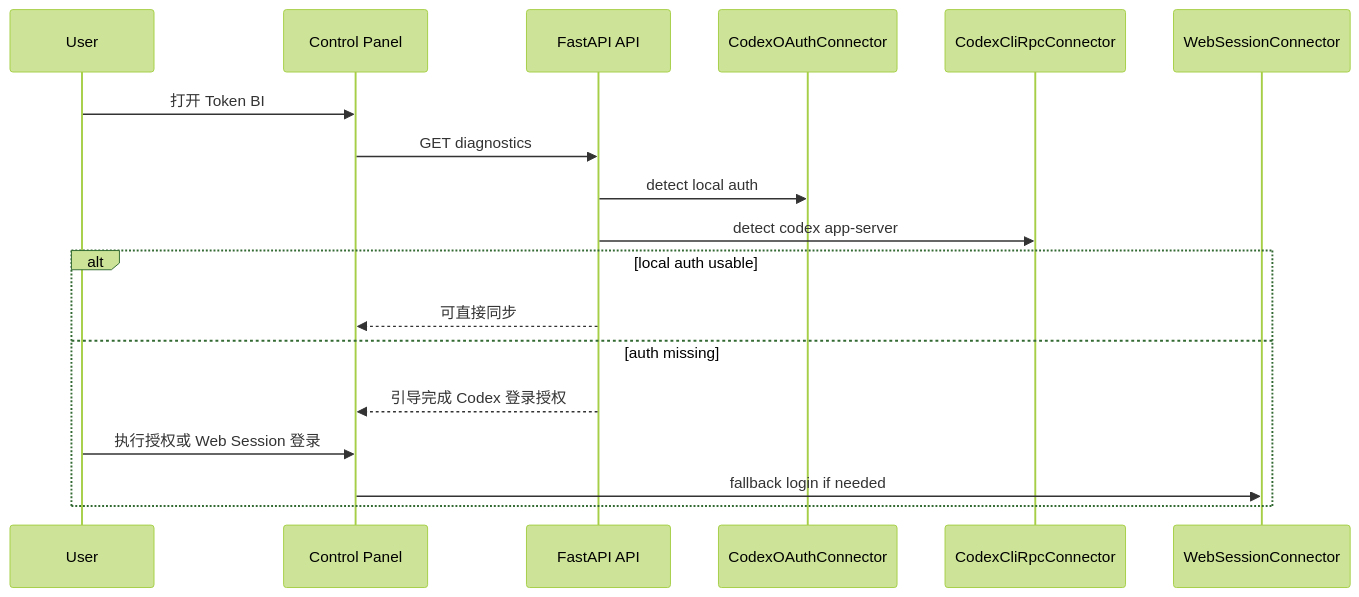
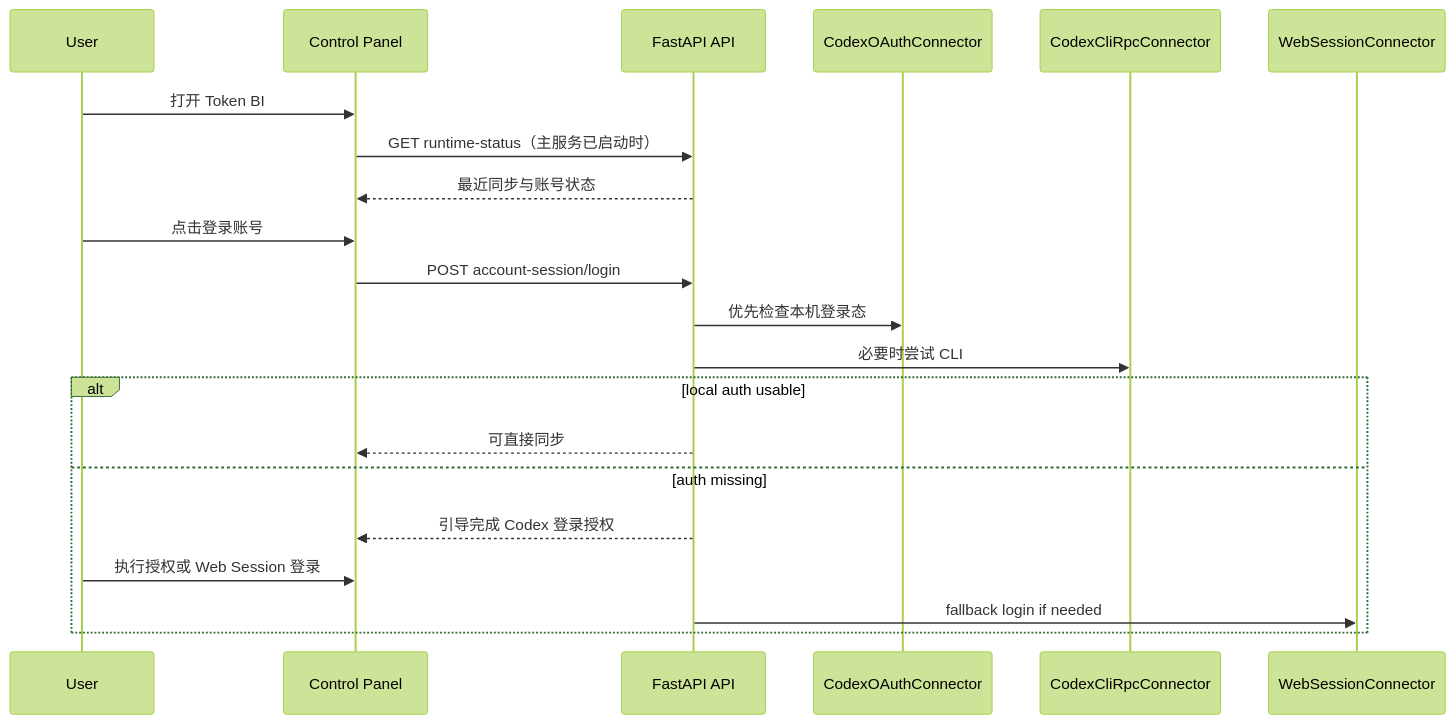
One commit to gbs00/Token_BI changed the third of 3 diagrams in docs/TECH_ARCHITECTURE_V1.0.0.md. Above: the diagram before and after it, drawn with Mermaid (forest theme). The commit also changed other lines of this file and 93 other files, not shown here.

````diff
--- a/docs/TECH_ARCHITECTURE_V1.0.0.md
+++ b/docs/TECH_ARCHITECTURE_V1.0.0.md
@@ -482,21 +484,24 @@
 ```mermaid
 sequenceDiagram
     participant User as User
     participant Control as Control Panel
     participant API as FastAPI API
     participant OAuth as CodexOAuthConnector
     participant CLI as CodexCliRpcConnector
     participant Web as WebSessionConnector
 
     User->>Control: 打开 Token BI
-    Control->>API: GET diagnostics
-    API->>OAuth: detect local auth
-    API->>CLI: detect codex app-server
+    Control->>API: GET runtime-status（主服务已启动时）
+    API-->>Control: 最近同步与账号状态
+    User->>Control: 点击登录账号
+    Control->>API: POST account-session/login
+    API->>OAuth: 优先检查本机登录态
+    API->>CLI: 必要时尝试 CLI
     alt local auth usable
         API-->>Control: 可直接同步
     else auth missing
         API-->>Control: 引导完成 Codex 登录授权
         User->>Control: 执行授权或 Web Session 登录
-        Control->>Web: fallback login if needed
+        API->>Web: fallback login if needed
     end
 ```
````
